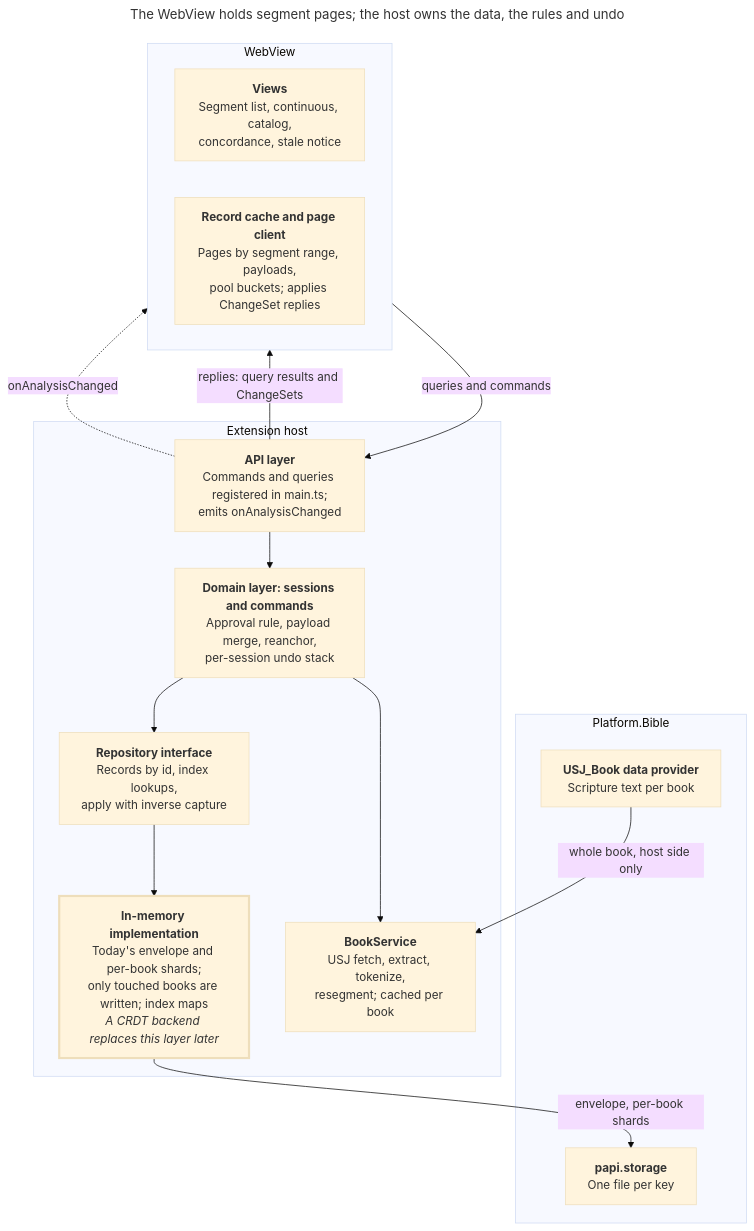
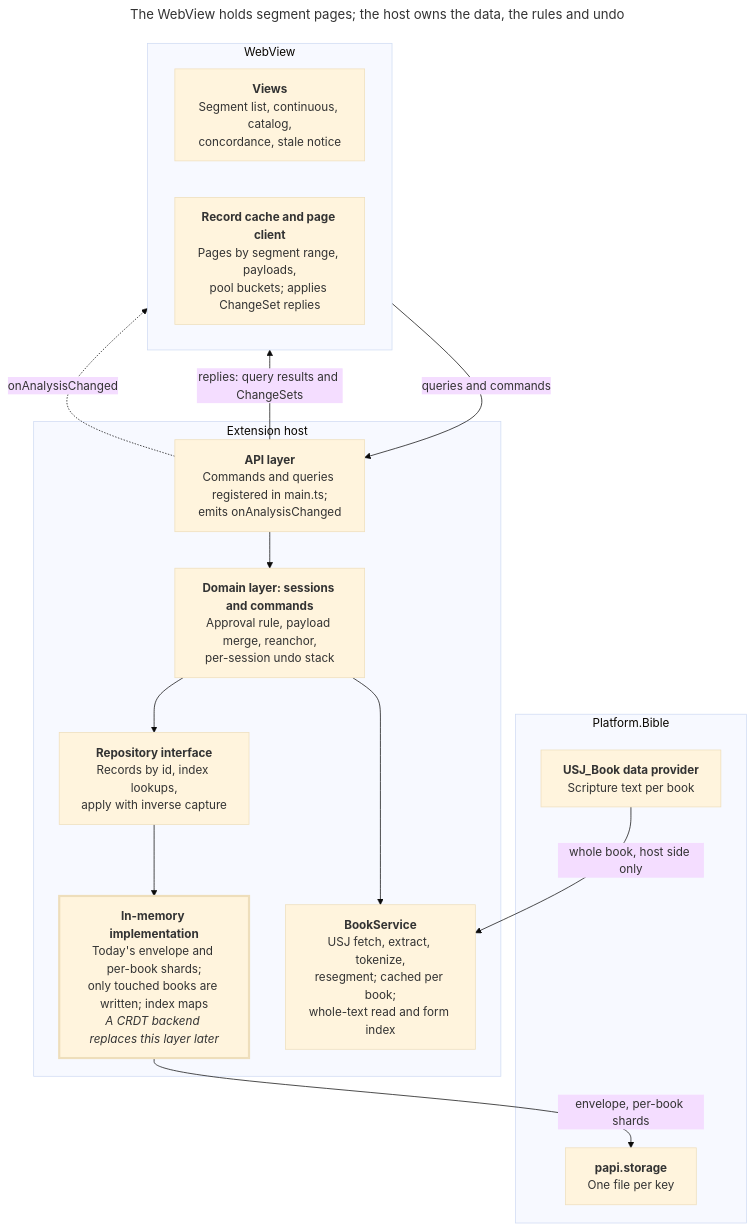
Before and after one commit to sillsdev/interlinearizer-extension: the first of 2 diagrams in docs/data-layer-plan/plan.md, drawn with Mermaid (base theme). The commit also changed other lines of this file, not shown here.

First line of the commit message:
Carry #399's whole-text checks into the data layer plan

````diff
--- a/docs/data-layer-plan/plan.md
+++ b/docs/data-layer-plan/plan.md
@@ -33,30 +38,30 @@
 ```mermaid
 ---
 title: The WebView holds segment pages; the host owns the data, the rules and undo
 ---
 flowchart TB
   subgraph WV["WebView"]
     views["<b>Views</b><br/>Segment list, continuous, catalog,<br/>concordance, stale notice"]
     cache["<b>Record cache and page client</b><br/>Pages by segment range, payloads,<br/>pool buckets; applies ChangeSet replies"]
   end
   subgraph EH["Extension host"]
     api["<b>API layer</b><br/>Commands and queries registered in main.ts;<br/>emits onAnalysisChanged"]
     domain["<b>Domain layer: sessions and commands</b><br/>Approval rule, payload merge, reanchor,<br/>per-session undo stack"]
     repo["<b>Repository interface</b><br/>Records by id, index lookups,<br/>apply with inverse capture"]
     mem["<b>In-memory implementation</b><br/>Today's envelope and per-book shards;<br/>only touched books are written; index maps<br/><i>A CRDT backend replaces this layer later</i>"]
-    book["<b>BookService</b><br/>USJ fetch, extract, tokenize,<br/>resegment; cached per book"]
+    book["<b>BookService</b><br/>USJ fetch, extract, tokenize,<br/>resegment; cached per book;<br/>whole-text read and form index"]
   end
   subgraph PB["Platform.Bible"]
     storage["<b>papi.storage</b><br/>One file per key"]
     usj["<b>USJ_Book data provider</b><br/>Scripture text per book"]
   end
   WV -- "queries and commands" --> api
   api -- "replies: query results and ChangeSets" --> WV
   api -. "onAnalysisChanged" .-> WV
   api --> domain --> repo --> mem
   domain --> book
   mem -- "envelope, per-book shards" --> storage
   usj -- "whole book, host side only" --> book
   classDef replaceable stroke-width:3px
   class mem replaceable
 ```
````
